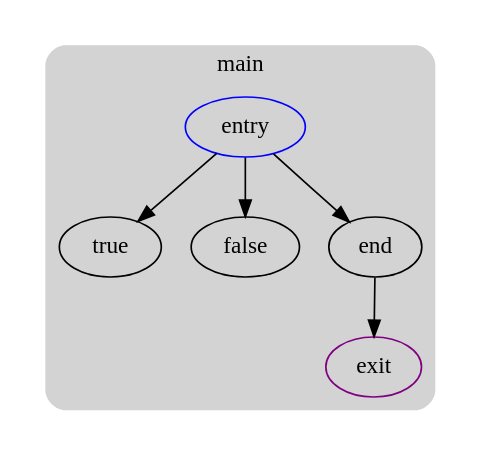
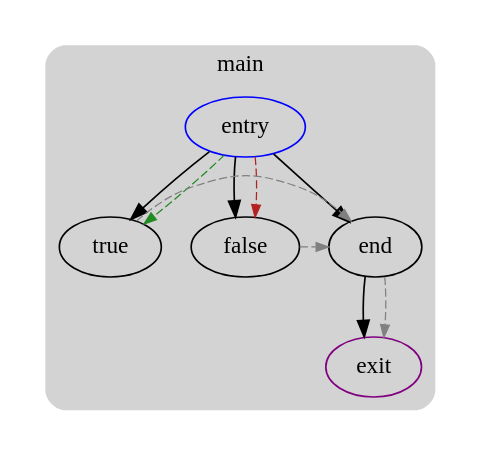
One commit to UnsignedByte/6120 changed the diagram in playground/branch.domtree.dot. Above: the diagram before and after it, drawn with Graphviz. The commit also changed 90 other files, not shown here.

```diff
--- a/playground/branch.domtree.dot
+++ b/playground/branch.domtree.dot
@@ -1,21 +1,26 @@
-strict digraph G {
+digraph G {
   compound=true
   subgraph cluster_ {
     peripheries=0
     subgraph cluster_0 {
       label="main"
       color=darkgray
       style=rounded
       bgcolor=lightgray
       cluster_0_0[label="entry",shape=oval,color=blue,rank=source]
       cluster_0_1[label="true",shape=oval]
       cluster_0_2[label="false",shape=oval]
       cluster_0_3[label="end",shape=oval]
       cluster_0_exit[label=exit,color=purple,rank=sink]
-      cluster_0_0 -> cluster_0_1
-      cluster_0_0 -> cluster_0_2
-      cluster_0_0 -> cluster_0_3
-      cluster_0_3 -> cluster_0_exit
+      cluster_0_0 -> cluster_0_1 [color=black]
+      cluster_0_0 -> cluster_0_2 [color=black]
+      cluster_0_0 -> cluster_0_3 [color=black]
+      cluster_0_3 -> cluster_0_exit [color=black]
+      cluster_0_0 -> cluster_0_1 [color=forestgreen,style=dashed,constraint=false,penwidth=0.75,arrowsize=0.75]
+      cluster_0_0 -> cluster_0_2 [color=firebrick,style=dashed,constraint=false,penwidth=0.75,arrowsize=0.75]
+      cluster_0_1 -> cluster_0_3 [color=gray,style=dashed,constraint=false,penwidth=0.75,arrowsize=0.75]
+      cluster_0_2 -> cluster_0_3 [color=gray,style=dashed,constraint=false,penwidth=0.75,arrowsize=0.75]
+      cluster_0_3 -> cluster_0_exit [color=gray,style=dashed,constraint=false,penwidth=0.75,arrowsize=0.75]
     }
   }
 }
```
